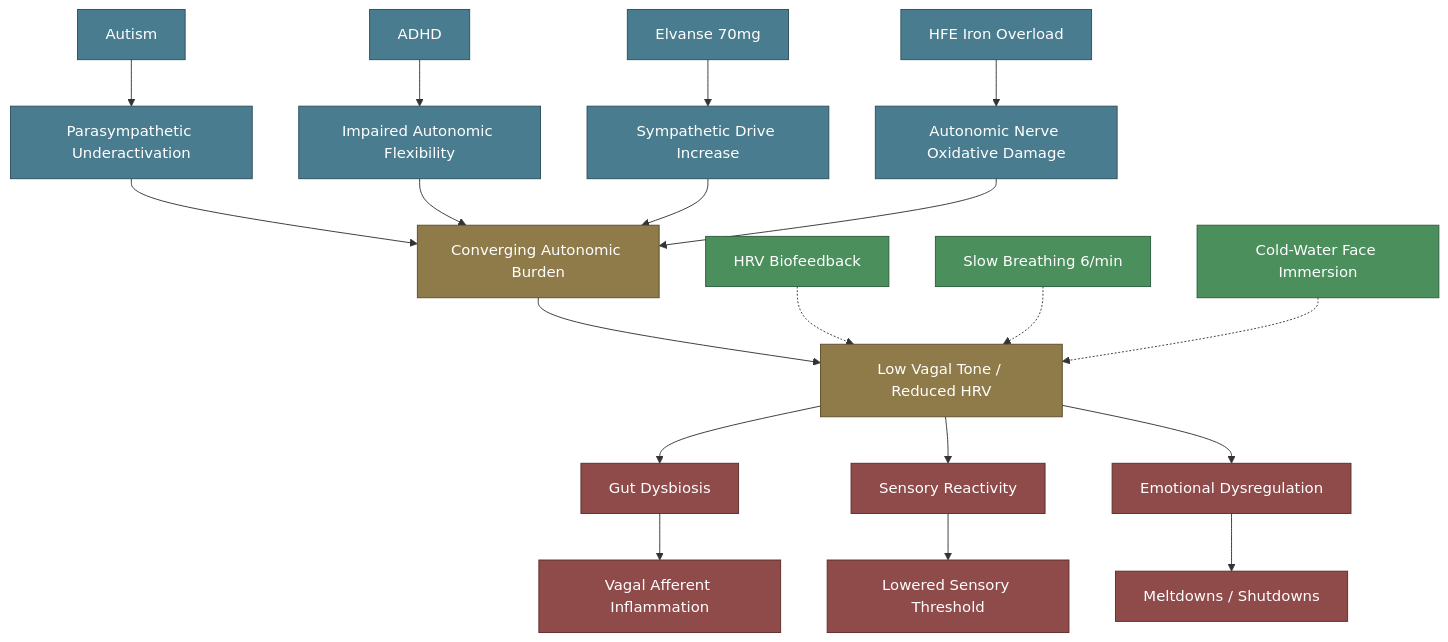
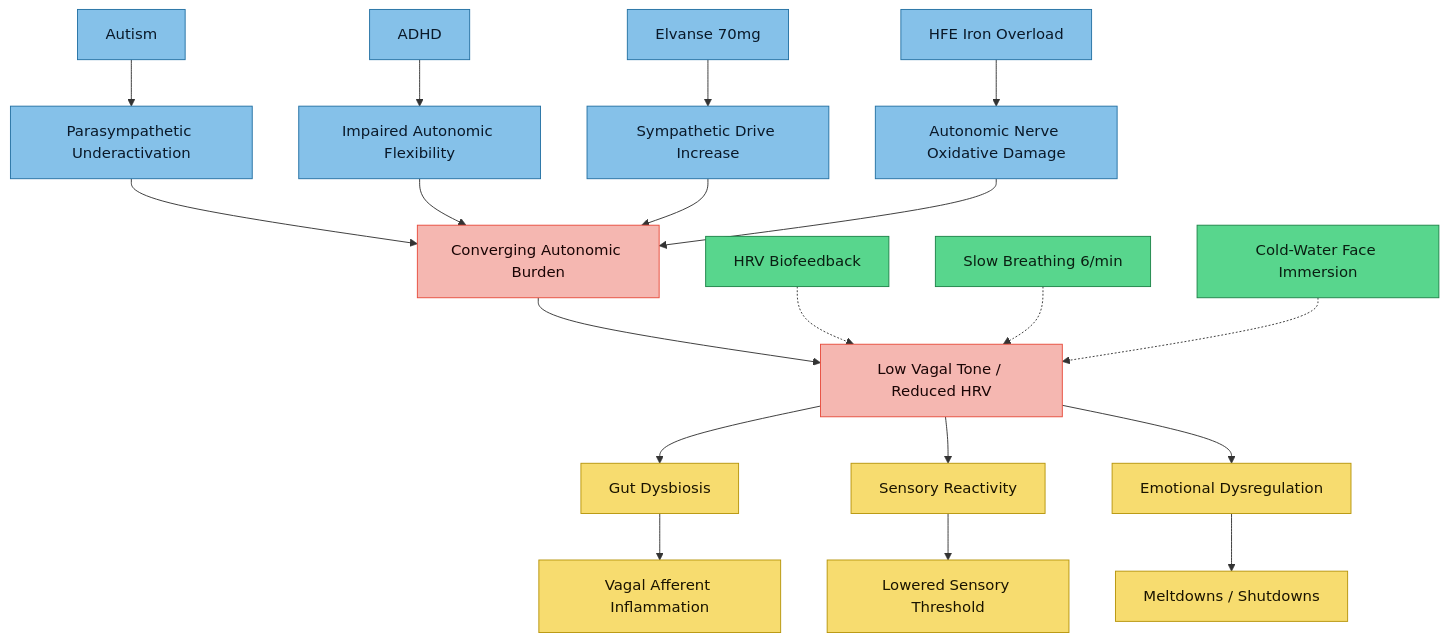
Before and after one commit to Aegis-commits/ag-hfe-adhd-asd-research: the diagram in research/Autonomic Nervous System and Vagal Tone in AuDHD.md, drawn with Mermaid. The commit also changed 39 other files, not shown here.

First line of the commit message:
docs(vault): standardise diagram colours for light-mode readability, add MOC quick nav

````diff
--- a/research/Autonomic Nervous System and Vagal Tone in AuDHD.md
+++ b/research/Autonomic Nervous System and Vagal Tone in AuDHD.md
@@ -44,36 +44,36 @@
 ```mermaid
 flowchart TD
     A[Autism] --> B[Parasympathetic Underactivation]
     C[ADHD] --> D[Impaired Autonomic Flexibility]
     E[Elvanse 70mg] --> F[Sympathetic Drive Increase]
     G[HFE Iron Overload] --> H[Autonomic Nerve Oxidative Damage]
 
     B --> I[Converging Autonomic Burden]
     D --> I
     F --> I
     H --> I
 
     I --> J[Low Vagal Tone / Reduced HRV]
 
     J --> K[Gut Dysbiosis]
     J --> L[Sensory Reactivity]
     J --> M[Emotional Dysregulation]
 
     K --> N[Vagal Afferent Inflammation]
     L --> O[Lowered Sensory Threshold]
     M --> P[Meltdowns / Shutdowns]
 
     Q[HRV Biofeedback] -.-> J
     R[Slow Breathing 6/min] -.-> J
     S[Cold-Water Face Immersion] -.-> J
 
-    classDef condition fill:#4a7c8f,stroke:#2d4f5c,color:#fff
-    classDef burden fill:#8f7a4a,stroke:#5c4f2d,color:#fff
-    classDef outcome fill:#8f4a4a,stroke:#5c2d2d,color:#fff
-    classDef protect fill:#4a8f5c,stroke:#2d5c3f,color:#fff
+    classDef condition fill:#85c1e9,stroke:#2471a3,color:#0a1929
+    classDef burden fill:#f5b7b1,stroke:#e74c3c,color:#1a0505
+    classDef outcome fill:#f7dc6f,stroke:#b7950b,color:#1a1400
+    classDef protect fill:#58d68d,stroke:#1e8449,color:#0a1f12
 
     class A,B,C,D,E,F,G,H condition
     class I,J burden
     class K,L,M,N,O,P outcome
     class Q,R,S protect
 ```
````
